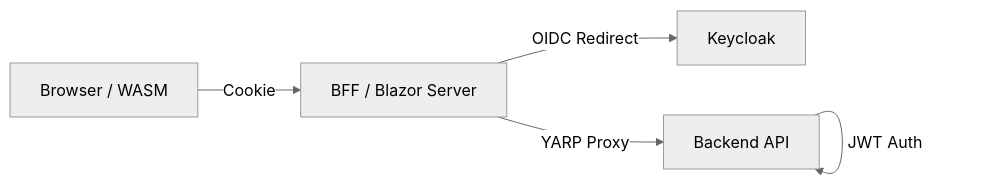
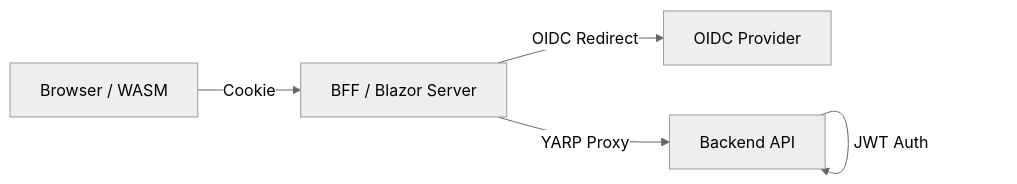
One commit to islamu-ngo/Explore changed the third of 3 diagrams in docs/ARCHITECTURE.md. Above: the diagram before and after it, drawn with Mermaid (neutral theme). The commit also changed other lines of this file and 71 other files, not shown here.

````diff
--- a/docs/ARCHITECTURE.md
+++ b/docs/ARCHITECTURE.md
@@ -101,7 +152,7 @@
 ```mermaid
 graph LR
     A[Browser / WASM] -- Cookie --> B[BFF / Blazor Server]
-    B -- OIDC Redirect --> C[Keycloak]
+    B -- OIDC Redirect --> C[OIDC Provider]
     B -- YARP Proxy --> D[Backend API]
     D -- JWT Auth --> D
 ```
````
